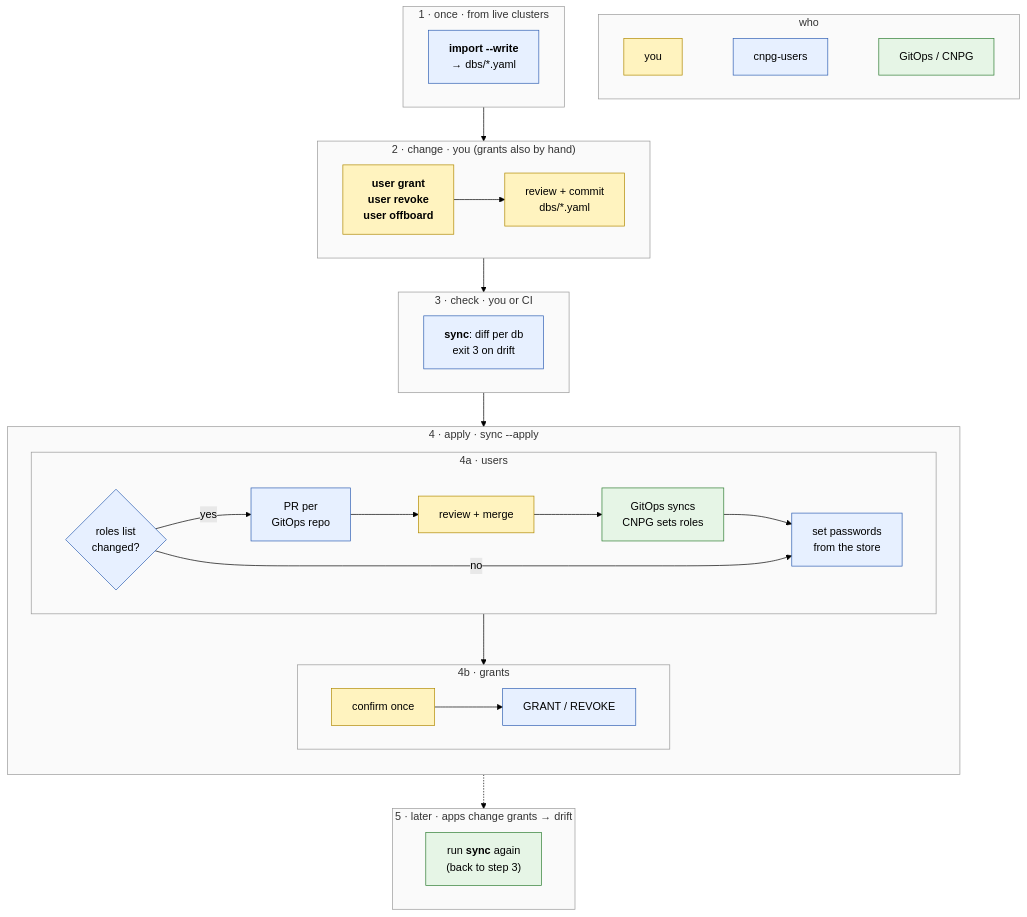
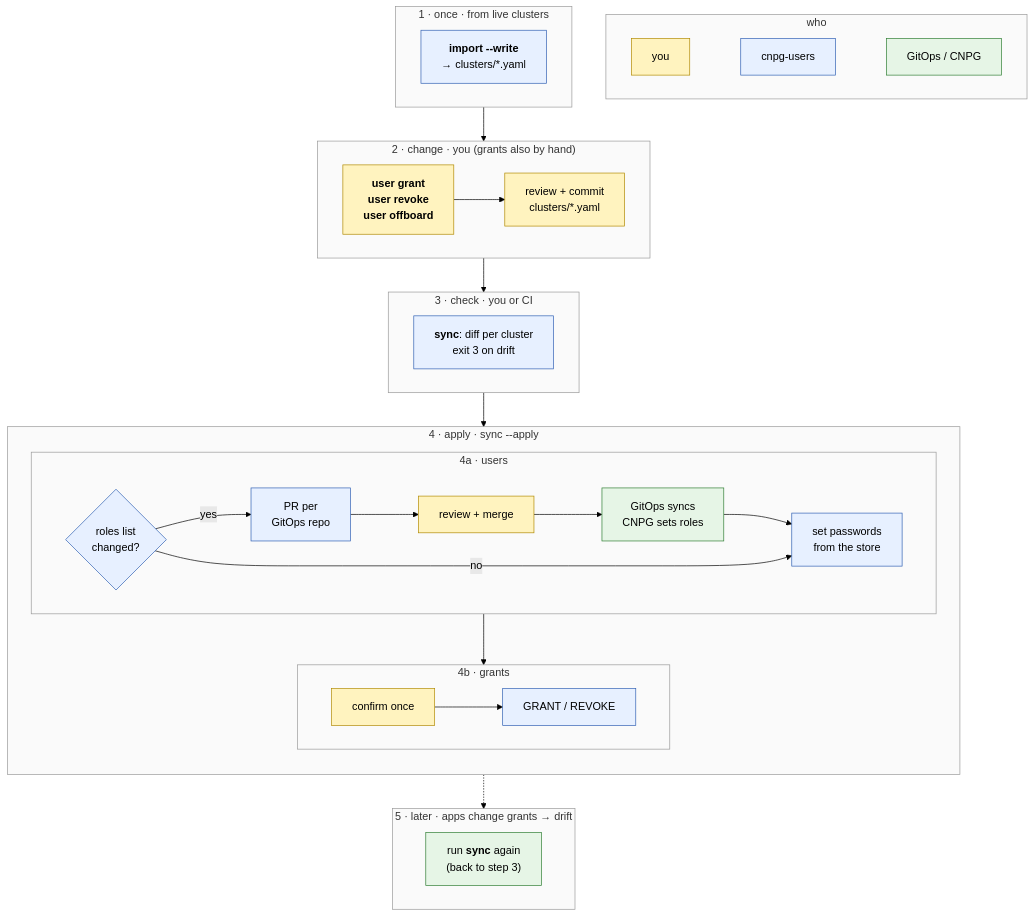
Before and after one commit to caseycs/cnpg-users-grants: the diagram in README.md, drawn with Mermaid (forest theme). The commit also changed other lines of this file and 14 other files, not shown here.

Commit message:
feat!: clusters/ instead of dbs/, MIT license, README leads with grants (#9)

````diff
--- a/README.md
+++ b/README.md
@@ -12,50 +16,50 @@
 ```mermaid
 flowchart TB
   classDef person fill:#fff3bf,stroke:#b08900,color:#000
   classDef tool fill:#e7f0ff,stroke:#2f5fb3,color:#000
   classDef ext fill:#e6f5e6,stroke:#2e7d32,color:#000
   classDef stage fill:#fafafa,stroke:#999,color:#333
 
   subgraph legend["who"]
     direction LR
     l1["you"]:::person ~~~ l2["cnpg-users"]:::tool ~~~ l3["GitOps / CNPG"]:::ext
   end
 
   subgraph s1["1 · once · from live clusters"]
     direction LR
-    import["<b>import --write</b><br/>→ dbs/*.yaml"]:::tool
+    import["<b>import --write</b><br/>→ clusters/*.yaml"]:::tool
   end
 
   subgraph s2["2 · change · you (grants also by hand)"]
     direction LR
-    edit["<b>user grant</b><br/><b>user revoke</b><br/><b>user offboard</b>"]:::person --> commit["review + commit<br/>dbs/*.yaml"]:::person
+    edit["<b>user grant</b><br/><b>user revoke</b><br/><b>user offboard</b>"]:::person --> commit["review + commit<br/>clusters/*.yaml"]:::person
   end
 
   subgraph s3["3 · check · you or CI"]
     direction LR
-    sync["<b>sync</b>: diff per db<br/>exit 3 on drift"]:::tool
+    sync["<b>sync</b>: diff per cluster<br/>exit 3 on drift"]:::tool
   end
 
   subgraph s4["4 · apply · sync --apply"]
     direction TB
     subgraph u["4a · users"]
       direction LR
       q{"roles list<br/>changed?"}:::tool
       q -- yes --> pr["PR per<br/>GitOps repo"]:::tool --> merge["review + merge"]:::person --> cnpg["GitOps syncs<br/>CNPG sets roles"]:::ext --> pw["set passwords<br/>from the store"]:::tool
       q -- no --> pw
     end
     subgraph g["4b · grants"]
       direction LR
       ok["confirm once"]:::person --> sql["GRANT / REVOKE"]:::tool
     end
     u --> g
   end
 
   subgraph s5["5 · later · apps change grants → drift"]
     direction LR
     again["run <b>sync</b> again<br/>(back to step 3)"]:::ext
   end
 
   s1 --> s2 --> s3 --> s4 -.-> s5
   class s1,s2,s3,s4,s5,u,g,legend stage
 ```
````
